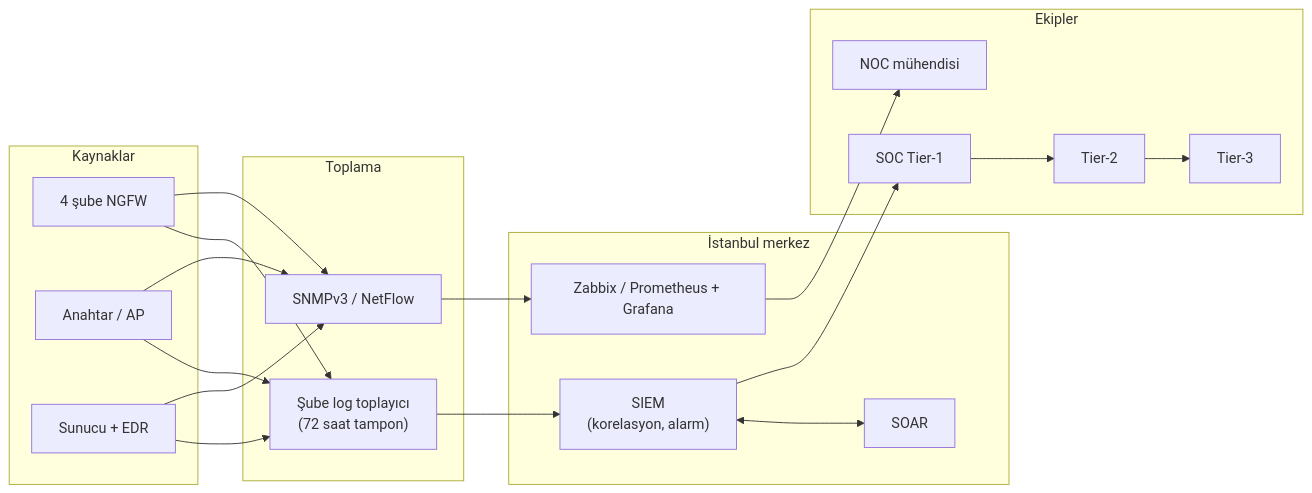
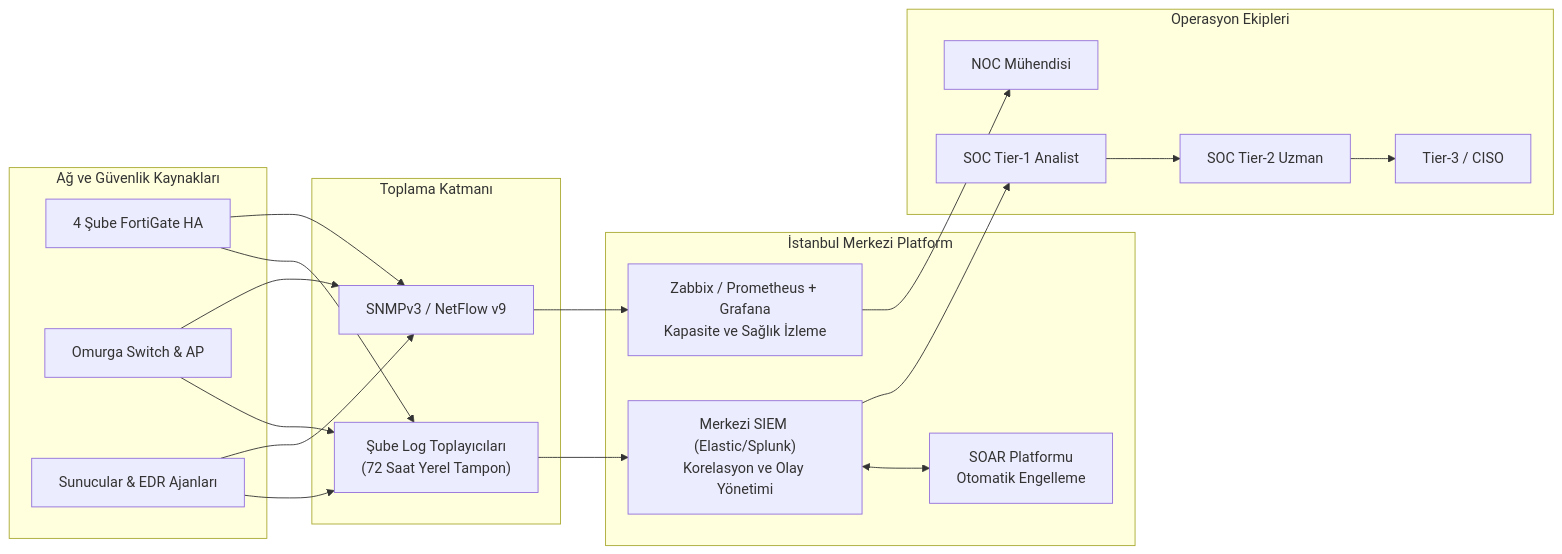
The second of 2 diagrams in firewall-lab/companies/kalkan-bilisim/README.md (Berrkle/os-lab), drawn with Mermaid before and after one commit. The commit also changed other lines of this file and 4 other files, not shown here.

````diff
--- a/firewall-lab/companies/kalkan-bilisim/README.md
+++ b/firewall-lab/companies/kalkan-bilisim/README.md
@@ -352,27 +418,27 @@
 ```mermaid
 flowchart LR
-    subgraph K["Kaynaklar"]
-        FW["4 şube NGFW"]
-        SW["Anahtar / AP"]
-        SRV["Sunucu + EDR"]
+    subgraph K["Ağ ve Güvenlik Kaynakları"]
+        FW["4 Şube FortiGate HA"]
+        SW["Omurga Switch & AP"]
+        SRV["Sunucular & EDR Ajanları"]
     end
-    subgraph T["Toplama"]
-        LC["Şube log toplayıcı<br/>(72 saat tampon)"]
-        SNMP["SNMPv3 / NetFlow"]
+    subgraph T["Toplama Katmanı"]
+        LC["Şube Log Toplayıcıları<br/>(72 Saat Yerel Tampon)"]
+        SNMP["SNMPv3 / NetFlow v9"]
     end
-    subgraph M["İstanbul merkez"]
-        SIEM["SIEM<br/>(korelasyon, alarm)"]
-        NMS["Zabbix / Prometheus + Grafana"]
-        SOAR["SOAR"]
+    subgraph M["İstanbul Merkezi Platform"]
+        SIEM["Merkezi SIEM (Elastic/Splunk)<br/>Korelasyon ve Olay Yönetimi"]
+        NMS["Zabbix / Prometheus + Grafana<br/>Kapasite ve Sağlık İzleme"]
+        SOAR["SOAR Platformu<br/>Otomatik Engelleme"]
     end
-    subgraph E["Ekipler"]
-        T1["SOC Tier-1"] --> T2["Tier-2"] --> T3["Tier-3"]
-        NOC["NOC mühendisi"]
+    subgraph E["Operasyon Ekipleri"]
+        T1["SOC Tier-1 Analist"] --> T2["SOC Tier-2 Uzman"] --> T3["Tier-3 / CISO"]
+        NOC["NOC Mühendisi"]
     end
     FW & SW & SRV --> LC & SNMP
     LC --> SIEM
     SNMP --> NMS
     SIEM <--> SOAR
     SIEM --> T1
     NMS --> NOC
 ```
````
